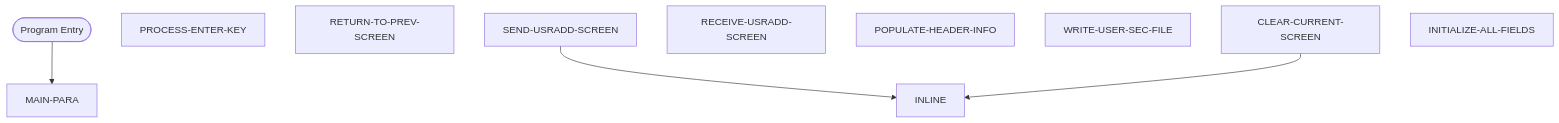
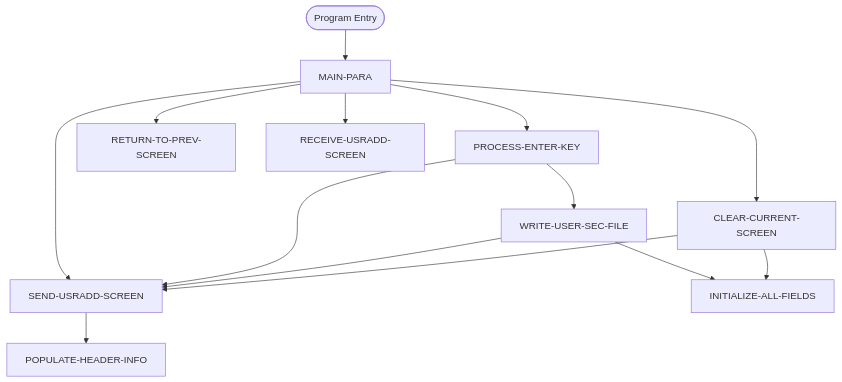
Before and after one commit to Arun973150/new_doc: the second of 2 diagrams in Unisys_doc-main/doc_demo/docs/programs/COUSR01C.md, drawn with Mermaid. The commit also changed other lines of this file and 716 other files, not shown here.

````diff
--- a/Unisys_doc-main/doc_demo/docs/programs/COUSR01C.md
+++ b/Unisys_doc-main/doc_demo/docs/programs/COUSR01C.md
@@ -335,16 +335,26 @@
 ```mermaid
 flowchart TD
     START([Program Entry])
     MAIN_PARA["MAIN-PARA"]
     PROCESS_ENTER_KEY["PROCESS-ENTER-KEY"]
     RETURN_TO_PREV_SCREEN["RETURN-TO-PREV-SCREEN"]
     SEND_USRADD_SCREEN["SEND-USRADD-SCREEN"]
     RECEIVE_USRADD_SCREEN["RECEIVE-USRADD-SCREEN"]
     POPULATE_HEADER_INFO["POPULATE-HEADER-INFO"]
     WRITE_USER_SEC_FILE["WRITE-USER-SEC-FILE"]
     CLEAR_CURRENT_SCREEN["CLEAR-CURRENT-SCREEN"]
     INITIALIZE_ALL_FIELDS["INITIALIZE-ALL-FIELDS"]
     START --> MAIN_PARA
-    SEND_USRADD_SCREEN --> INLINE
-    CLEAR_CURRENT_SCREEN --> INLINE
+    MAIN_PARA --> RETURN_TO_PREV_SCREEN
+    MAIN_PARA --> SEND_USRADD_SCREEN
+    MAIN_PARA --> RECEIVE_USRADD_SCREEN
+    MAIN_PARA --> PROCESS_ENTER_KEY
+    MAIN_PARA --> CLEAR_CURRENT_SCREEN
+    PROCESS_ENTER_KEY --> SEND_USRADD_SCREEN
+    PROCESS_ENTER_KEY --> WRITE_USER_SEC_FILE
+    SEND_USRADD_SCREEN --> POPULATE_HEADER_INFO
+    WRITE_USER_SEC_FILE --> INITIALIZE_ALL_FIELDS
+    WRITE_USER_SEC_FILE --> SEND_USRADD_SCREEN
+    CLEAR_CURRENT_SCREEN --> INITIALIZE_ALL_FIELDS
+    CLEAR_CURRENT_SCREEN --> SEND_USRADD_SCREEN
 ```
````
